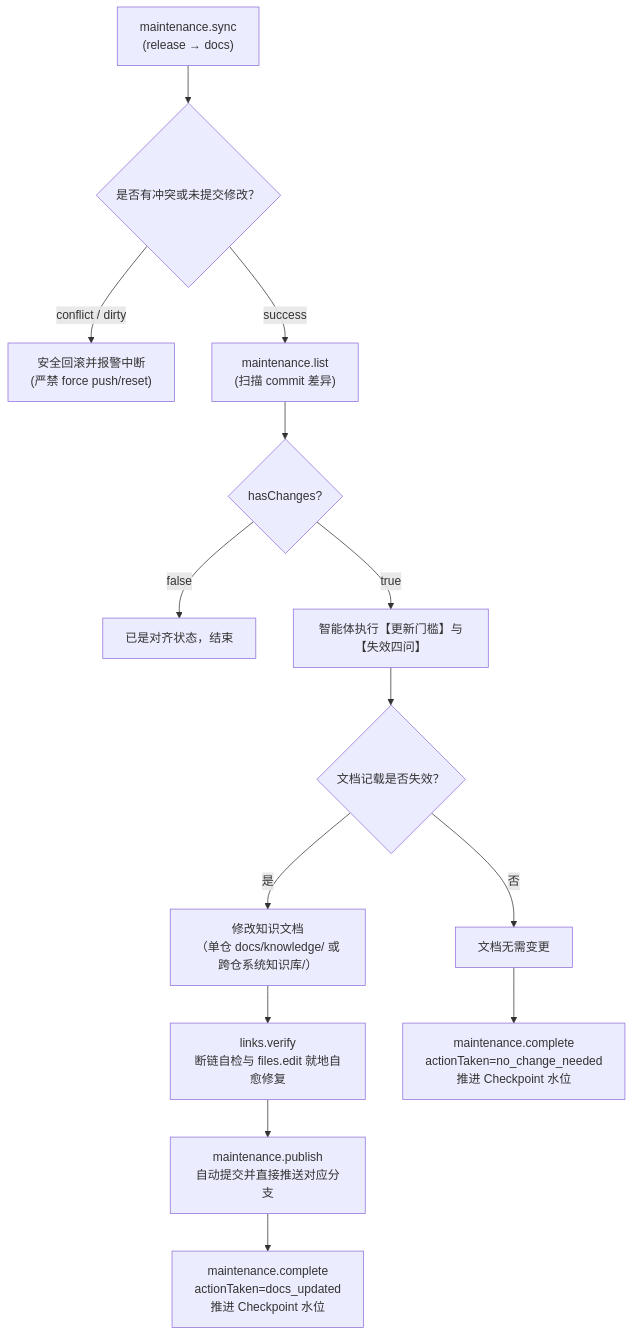
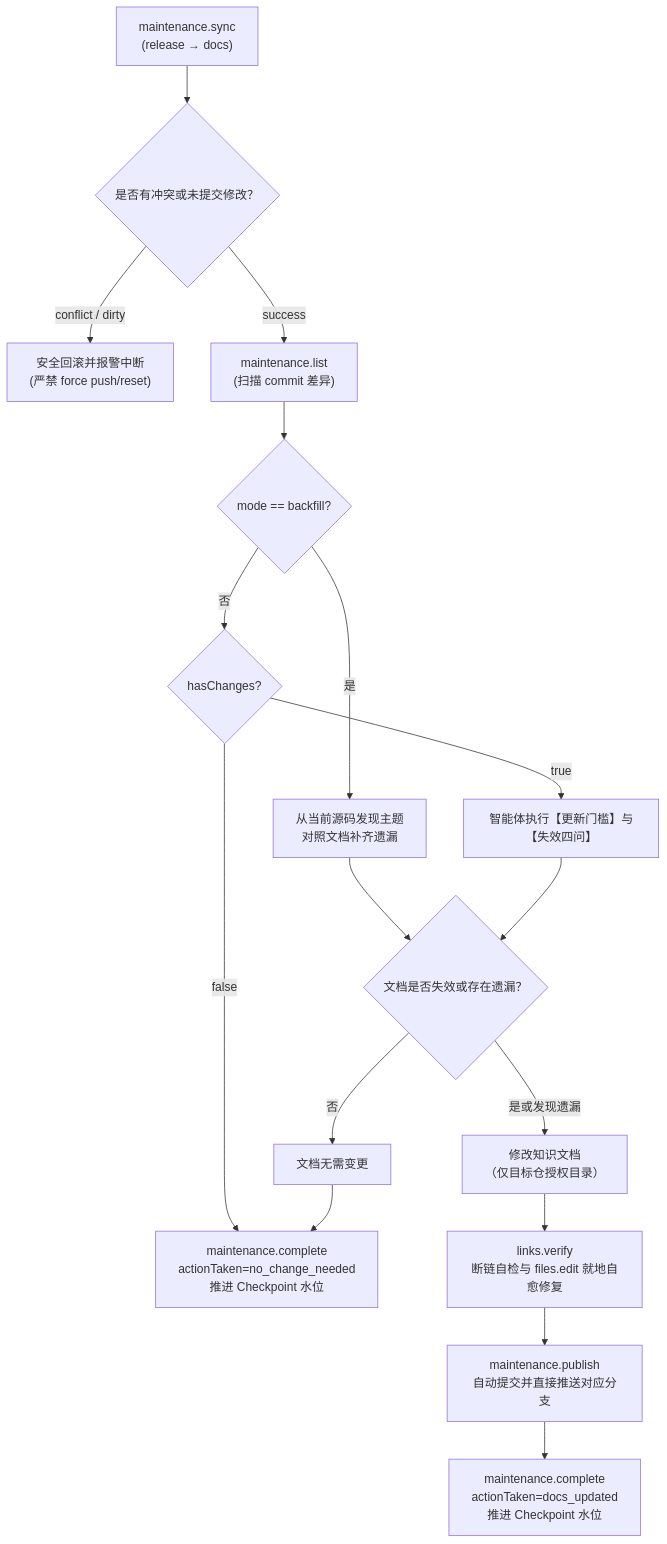
One commit to fjay/knowledge-dock changed the diagram in skills/project-knowledge-maintainer/references/maintenance.md. Above: the diagram before and after it, drawn with Mermaid. The commit also changed other lines of this file and 39 other files, not shown here.

````diff
--- a/skills/project-knowledge-maintainer/references/maintenance.md
+++ b/skills/project-knowledge-maintainer/references/maintenance.md
@@ -81,16 +93,19 @@
 ```mermaid
 flowchart TD
     A["maintenance.sync<br>(release → docs)"] --> B{"是否有冲突或未提交修改？"}
     B -->|"conflict / dirty"| C["安全回滚并报警中断<br>(严禁 force push/reset)"]
     B -->|"success"| D["maintenance.list<br>(扫描 commit 差异)"]
-    D --> E{"hasChanges?"}
-    E -->|"false"| F["已是对齐状态，结束"]
+    D --> M{"mode == backfill?"}
+    M -->|"是"| S["从当前源码发现主题<br>对照文档补齐遗漏"]
+    S --> H
+    M -->|"否"| E{"hasChanges?"}
+    E -->|"false"| L
     E -->|"true"| G["智能体执行【更新门槛】与【失效四问】"]
-    G --> H{"文档记载是否失效？"}
-    H -->|"是"| I["修改知识文档<br>（单仓 docs/knowledge/ 或跨仓系统知识库/）"]
+    G --> H{"文档是否失效或存在遗漏？"}
+    H -->|"是或发现遗漏"| I["修改知识文档<br>（仅目标仓授权目录）"]
     H -->|"否"| J["文档无需变更"]
     I --> V["links.verify<br>断链自检与 files.edit 就地自愈修复"]
     V --> P["maintenance.publish<br>自动提交并直接推送对应分支"]
     P --> K["maintenance.complete<br>actionTaken=docs_updated<br>推进 Checkpoint 水位"]
     J --> L["maintenance.complete<br>actionTaken=no_change_needed<br>推进 Checkpoint 水位"]
 ```
````
